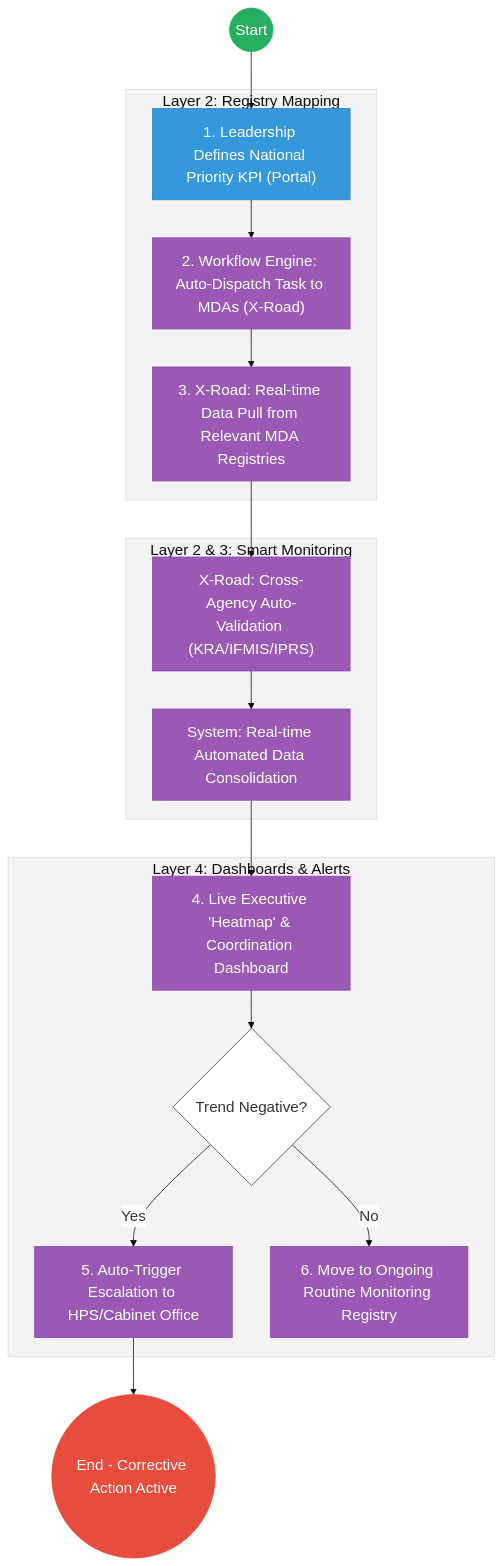
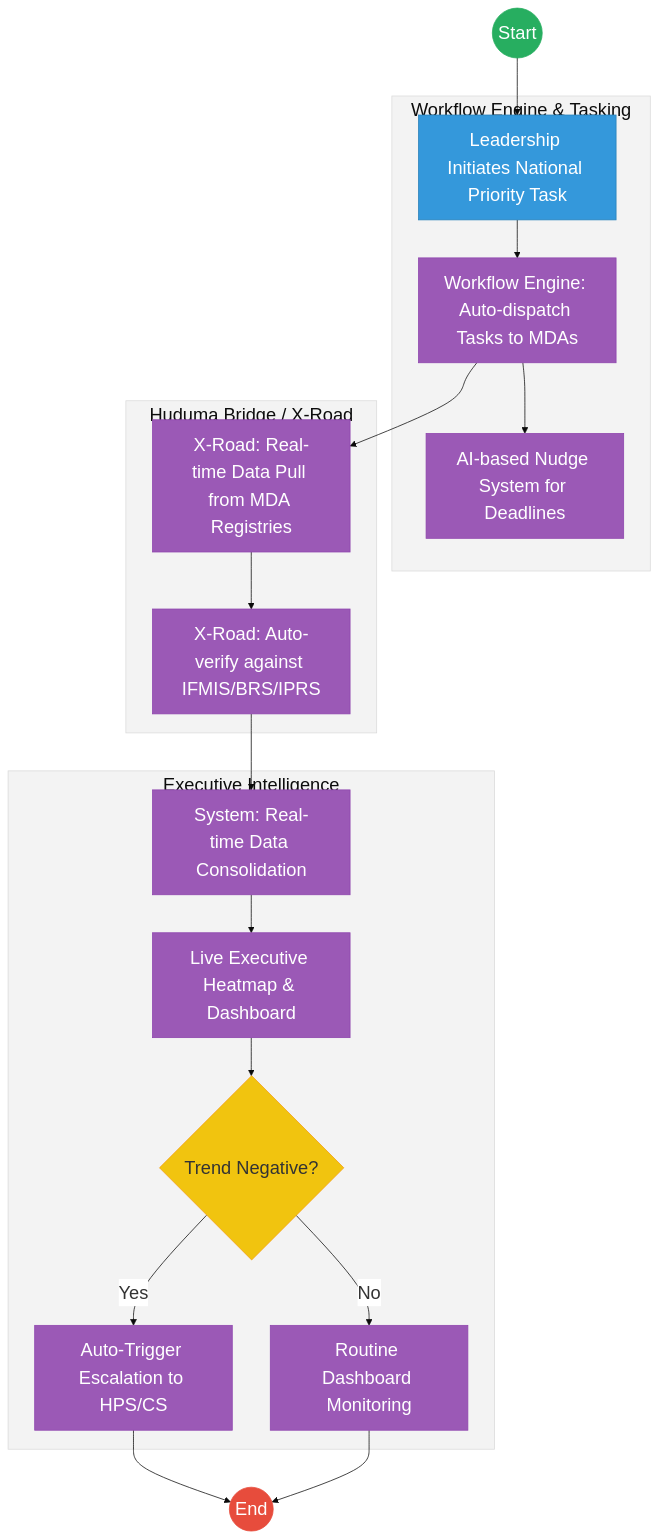
The second of 2 diagrams in mdas/docs_final/priority_mdas/National_Government_Coordination___Service_Delivery.md (BITZ-IT-Consulting-LTD/ictapoc), drawn with Mermaid before and after one commit. The commit also changed other lines of this file and 90 other files, not shown here.

````diff
--- a/mdas/docs_final/priority_mdas/National_Government_Coordination___Service_Delivery.md
+++ b/mdas/docs_final/priority_mdas/National_Government_Coordination___Service_Delivery.md
@@ -110,34 +136,38 @@
 ```mermaid
-%%{init: { 'theme': 'base', 'themeVariables': { 'fontSize': '20px', 'fontFamily': 'Inter, system-ui, sans-serif', 'primaryColor': '#ffffff', 'edgeLabelBackground':'#ffffff', 'tertiaryColor': '#f3f3f3', 'mainBkg': '#ffffff', 'nodeBorder': '#333333' } } }%%
-flowchart TD
-    Start((Start)) --> Command["1. Leadership Defines National Priority KPI (Portal)"]
+%%{init: { 'theme': 'base', 'themeVariables': { 'fontSize': '24px', 'fontFamily': 'Inter, system-ui, sans-serif', 'primaryColor': '#ffffff', 'edgeLabelBackground':'#ffffff', 'tertiaryColor': '#f3f3f3', 'mainBkg': '#ffffff', 'nodeBorder': '#333333' } } }%%
+graph TD
+    Start((Start)) --> Command["Leadership Initiates National Priority Task"]
     
-    subgraph Trust_Hub["Layer 2: Registry Mapping"]
-        Command --> Task["2. Workflow Engine: Auto-Dispatch Task to MDAs (X-Road)"]
-        Task --> Pull["3. X-Road: Real-time Data Pull from Relevant MDA Registries"]
+    subgraph Layer2["Workflow Engine & Tasking"]
+        Command --> Task["Workflow Engine: Auto-dispatch Tasks to MDAs"]
+        Task --> Reminder["AI-based Nudge System for Deadlines"]
     end
+    
+    subgraph Layer3["Huduma Bridge / X-Road"]
+        Task --> Pull["X-Road: Real-time Data Pull from MDA Registries"]
+        Pull --> Validate["X-Road: Auto-verify against IFMIS/BRS/IPRS"]
+    end
+    
+    subgraph Layer4["Executive Intelligence"]
+        Validate --> Merge["System: Real-time Data Consolidation"]
+        Merge --> Dash["Live Executive Heatmap & Dashboard"]
+        Dash --> Predict{"Trend Negative?"}
+        
+        Predict -- "Yes" --> Trigger_Esc["Auto-Trigger Escalation to HPS/CS"]
+        Predict -- "No" --> Routine["Routine Dashboard Monitoring"]
+    end
+    
+    Trigger_Esc --> End((End))
+    Routine --> End
 
-    subgraph Operations["Layer 2 & 3: Smart Monitoring"]
-        Pull --> Validate["X-Road: Cross-Agency Auto-Validation (KRA/IFMIS/IPRS)"]
-        Validate --> Merge["System: Real-time Automated Data Consolidation"]
-    end
-
-    subgraph Settlement["Layer 4: Dashboards & Alerts"]
-        Merge --> Dash["4. Live Executive 'Heatmap' & Coordination Dashboard"]
-        Dash --> Predict{"Trend Negative?"}
-        Predict -- "Yes" --> Trigger_Esc["5. Auto-Trigger Escalation to HPS/Cabinet Office"]
-        Predict -- "No" --> Routine["6. Move to Ongoing Routine Monitoring Registry"]
-    end
-
-    Trigger_Esc --> EndProcess(("End - Corrective Action Active"))
-
-    classDef start fill:#27ae60,stroke:#27ae60,color:#fff,font-size:20px;;
-    classDef endNode fill:#e74c3c,stroke:#e74c3c,color:#fff,font-size:20px;;
-    classDef userTask fill:#3498db,stroke:#2980b9,color:#fff,font-size:20px;;
-    classDef serviceTask fill:#9b59b6,stroke:#8e44ad,color:#fff,font-size:20px;;
-    
+    classDef start fill:#27ae60,stroke:#27ae60,color:#fff,font-size:24px,font-size:24px;;
+    classDef endNode fill:#e74c3c,stroke:#e74c3c,color:#fff,font-size:24px,font-size:24px;;
+    classDef userTask fill:#3498db,stroke:#2980b9,color:#fff,font-size:24px,font-size:24px;;
+    classDef serviceTask fill:#9b59b6,stroke:#8e44ad,color:#fff,font-size:24px,font-size:24px;;
+    classDef gateway fill:#f1c40f,stroke:#f39c12,color:#333,font-size:24px,font-size:24px;;
     class Start start;
-    class EndProcess endNode;
+    class End endNode;
+    class Predict gateway;
     class Command userTask;
-    class Task,Pull,Validate,Merge,Dash,Trigger_Esc,Routine serviceTask;
+    class Task,Reminder,Pull,Validate,Merge,Dash,Trigger_Esc,Routine serviceTask;
 ```
````
